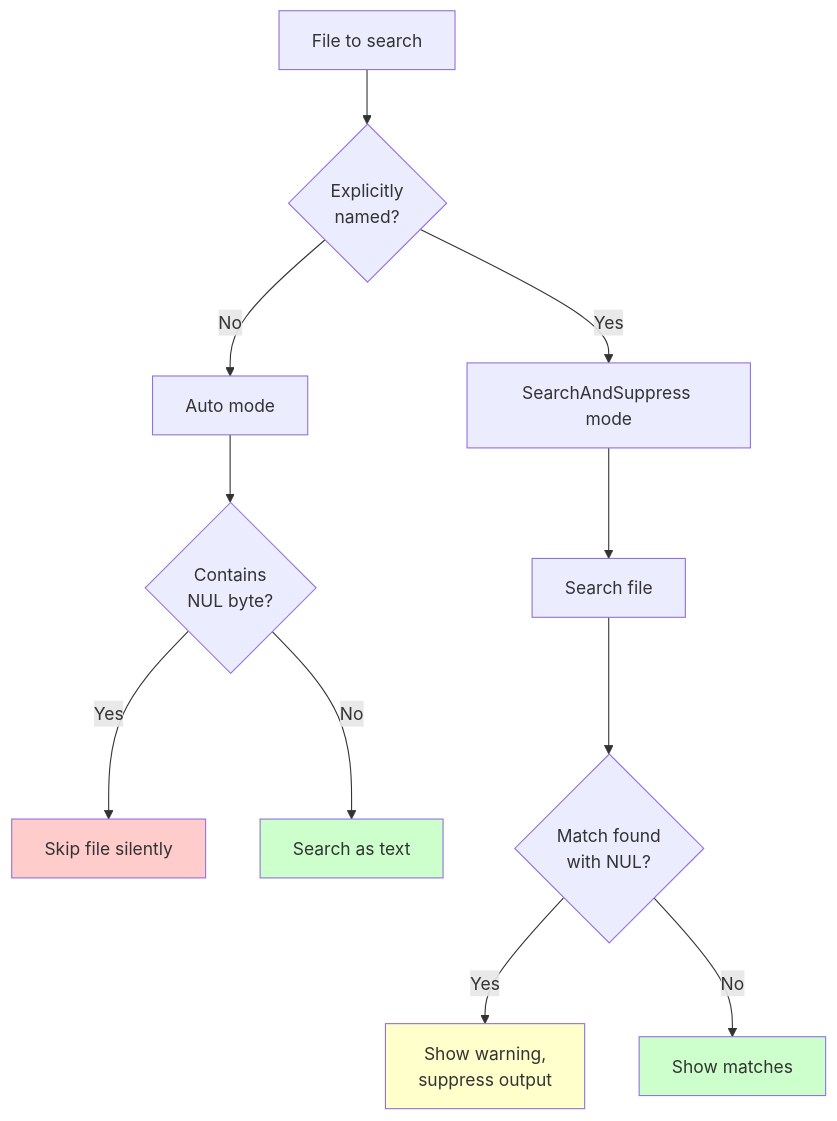
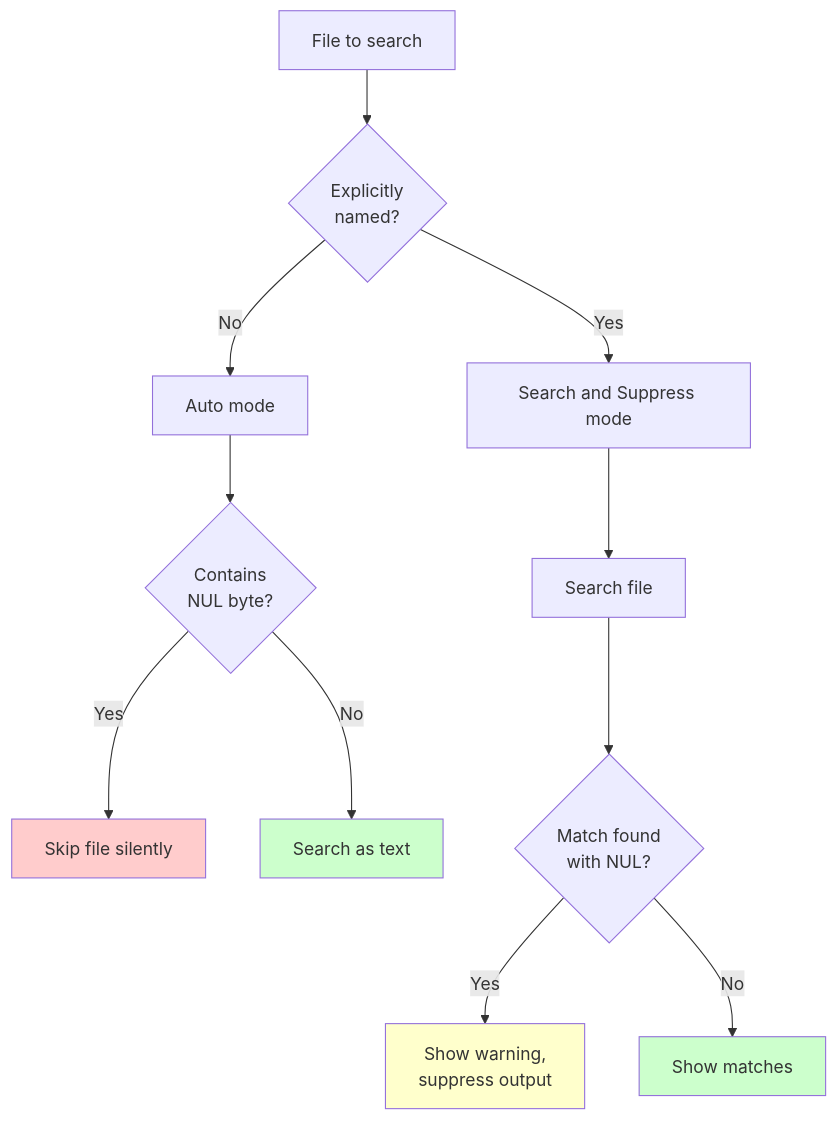
One commit to iepathos/ripgrep changed the diagram in docs/binary-data/index.md. Above: the diagram before and after it, drawn with Mermaid. The commit also changed 2 other files, not shown here.

Commit message:
fix: add missing spaces in Mermaid diagram labels
Fixed "SearchAndSuppress" to "Search and Suppress" in Mermaid
diagram node labels for better readability.

Changed in 3 files:
- docs/binary-data/index.md
- docs/binary-data/modes.md
- docs/binary-data/flags.md

This improves consistency with the multi-word labeling style used
throughout the documentation diagrams.

````diff
--- a/docs/binary-data/index.md
+++ b/docs/binary-data/index.md
@@ -7,24 +7,24 @@
 ```mermaid
 flowchart TD
     Start[File to search] --> Explicit{"Explicitly
 named?"}
-    Explicit -->|Yes| SearchSuppress[SearchAndSuppress mode]
+    Explicit -->|Yes| SearchSuppress["Search and Suppress mode"]
     Explicit -->|No| AutoMode[Auto mode]
 
     AutoMode --> CheckNUL{"Contains
 NUL byte?"}
     CheckNUL -->|Yes| Skip[Skip file silently]
     CheckNUL -->|No| Search[Search as text]
 
     SearchSuppress --> SearchFile[Search file]
     SearchFile --> HasMatch{"Match found
 with NUL?"}
     HasMatch -->|Yes| Warn["Show warning,
 suppress output"]
     HasMatch -->|No| Show[Show matches]
 
     style Skip fill:#ffcccc
     style Warn fill:#ffffcc
     style Show fill:#ccffcc
     style Search fill:#ccffcc
 ```
````
